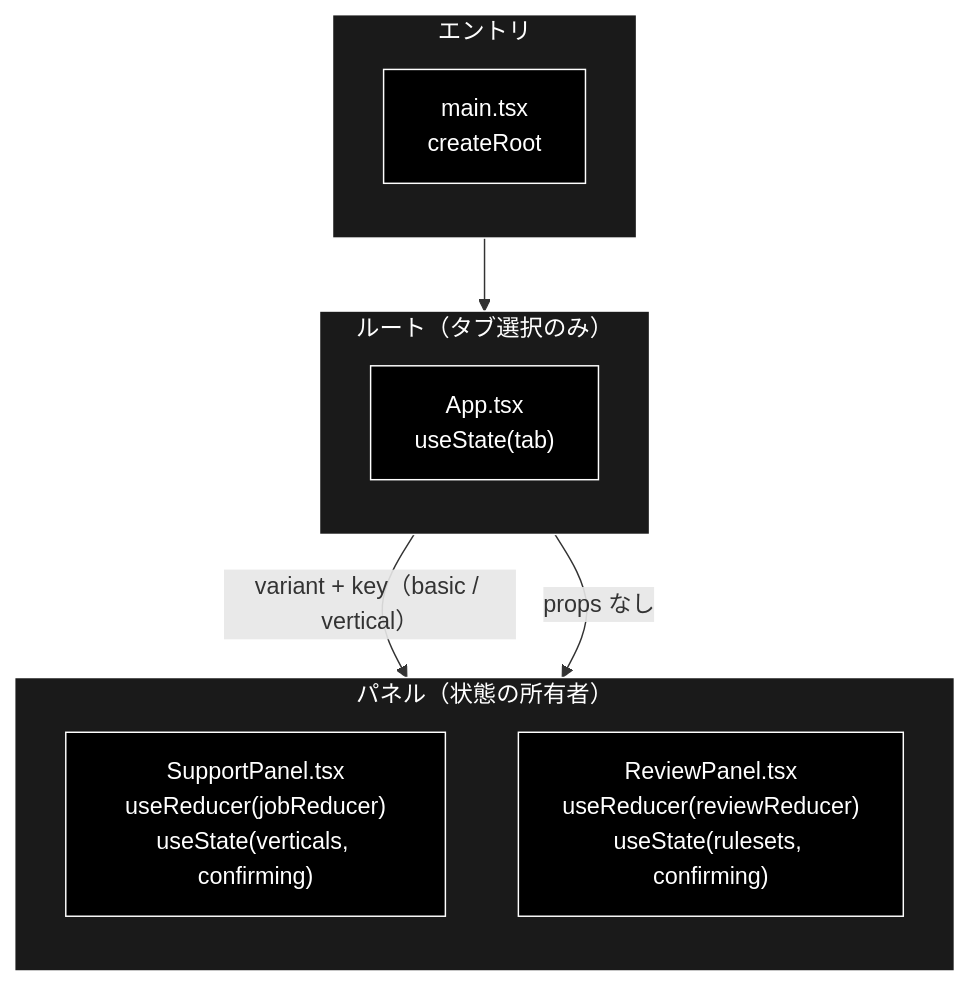
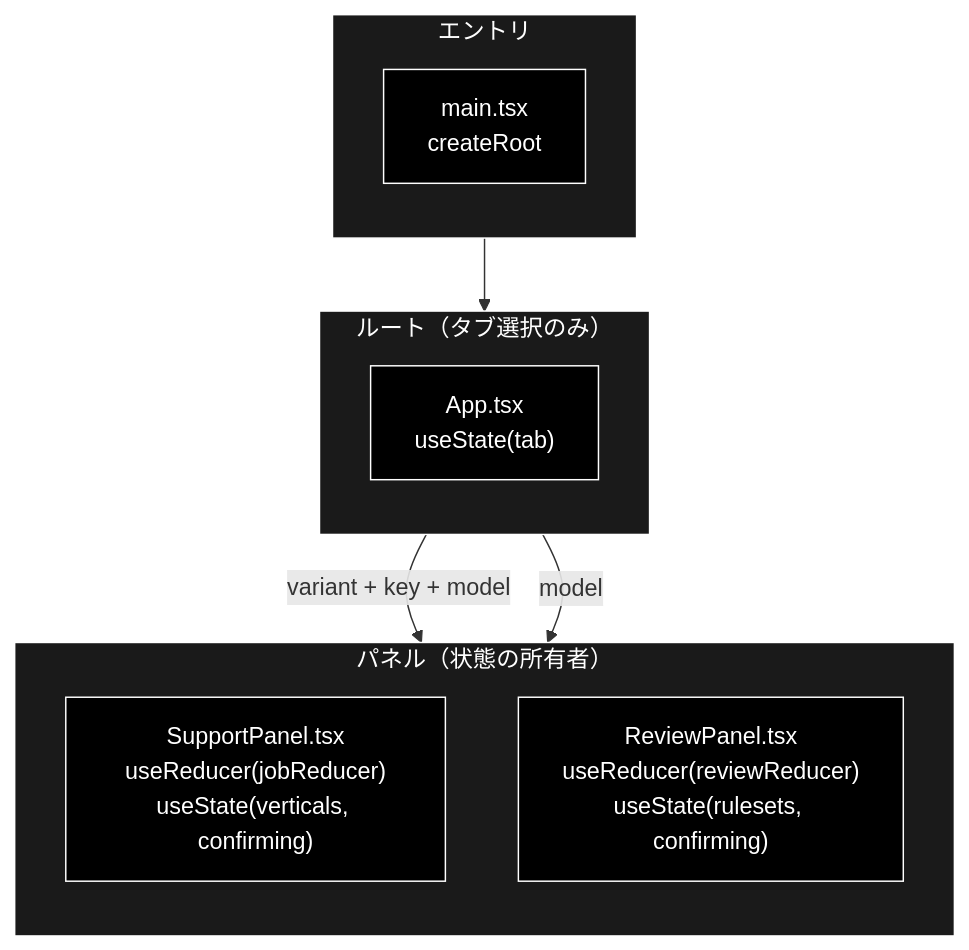
Before and after one commit to nakashima2toshio/grace_v2_local: the first of 3 diagrams in frontend/docs/App.md, drawn with Mermaid. The commit also changed other lines of this file and 25 other files, not shown here.

````diff
--- a/frontend/docs/App.md
+++ b/frontend/docs/App.md
@@ -66,26 +71,26 @@
 ```mermaid
 flowchart TB
     subgraph Entry["エントリ"]
         direction TB
         Main["main.tsx<br>createRoot"]
     end
     subgraph Root["ルート（タブ選択のみ）"]
         direction TB
         App["App.tsx<br>useState(tab)"]
     end
     subgraph Panels["パネル（状態の所有者）"]
         direction TB
         SP["SupportPanel.tsx<br>useReducer(jobReducer)<br>useState(verticals, confirming)"]
         RP["ReviewPanel.tsx<br>useReducer(reviewReducer)<br>useState(rulesets, confirming)"]
     end
 
     Main --> App
-    App -->|"variant + key（basic / vertical）"| SP
-    App -->|"props なし"| RP
+    App -->|"variant + key + model"| SP
+    App -->|"model"| RP
 classDef default fill:#000,stroke:#fff,color:#fff
 classDef subgraphStyle fill:#1a1a1a,stroke:#fff,color:#fff
 class Main,App,SP,RP default
 style Entry fill:#1a1a1a,stroke:#fff,color:#fff
 style Root fill:#1a1a1a,stroke:#fff,color:#fff
 style Panels fill:#1a1a1a,stroke:#fff,color:#fff
 ```
````
